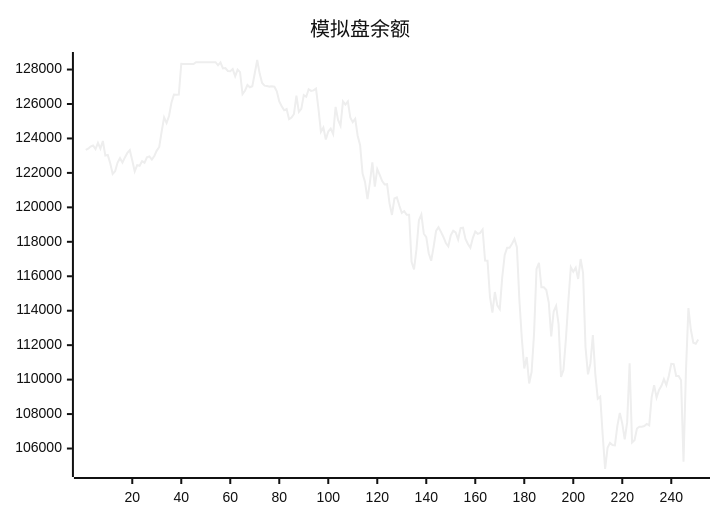
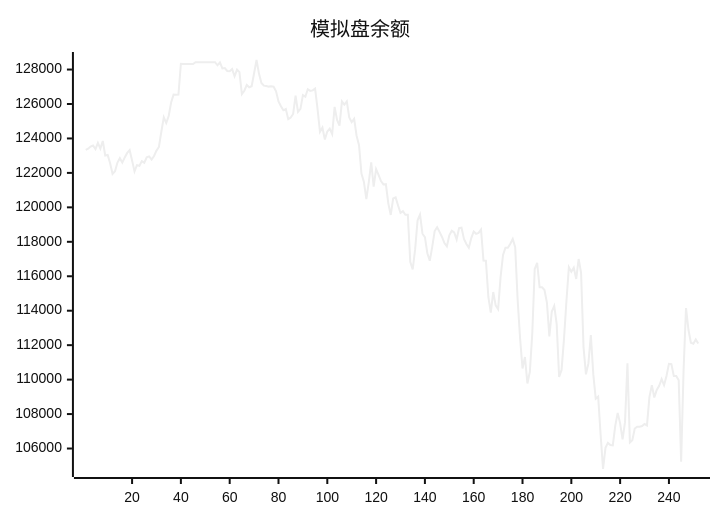
The diagram in README.md (aahl/ai-trading), drawn with Mermaid (neutral theme) before and after one commit. The commit also changed other lines of this file and 1 other file, not shown here.

````diff
--- a/README.md
+++ b/README.md
@@ -5,5 +5,5 @@
 ```mermaid
 xychart
     title "模拟盘余额"
-    line [123338,123402,123530,123592,123378,123745,123413,123853,123009,123040,122557,121938,122095,122599,122856,122597,122898,123160,123319,122719,122087,122454,122416,122685,122592,122907,122961,122776,122981,123295,123507,124403,125224,124894,125303,126088,126544,126534,126549,128335,128318,128318,128318,128318,128318,128424,128424,128424,128424,128424,128424,128424,128424,128424,128247,128412,128062,128087,127917,127901,128026,127611,128000,127850,126572,126770,127100,126971,127029,127783,128554,127765,127224,127064,127044,127009,127025,127004,126738,126152,125871,125635,125707,125117,125217,125420,126480,125545,125715,126511,126424,126856,126764,126788,126890,125710,124381,124632,123936,124402,124574,124256,125833,125070,124739,126154,125966,126145,125213,124943,125143,124157,123604,121959,121476,120476,121470,122610,121201,122221,121889,121522,121332,121344,120232,119559,120513,120577,120108,119680,119777,119572,119568,116839,116392,117573,119250,119585,118469,118277,117338,116897,117706,118628,118849,118579,118280,117926,117735,118373,118639,118544,118136,118798,118819,118162,117874,117649,118215,118601,118463,118517,118713,116911,116899,114798,113887,115084,114313,114091,115934,117221,117658,117658,117883,118164,117693,114632,112403,110644,111313,109777,110444,112673,116419,116772,115355,115355,115198,114476,112510,113954,114276,113223,110151,110561,112361,114562,116522,116265,116500,115845,117000,116199,111887,110306,110942,112588,110318,108891,109011,106814,104811,106038,106327,106201,106180,107315,108068,107463,106528,107530,110941,106346,106482,107161,107268,107270,107302,107426,107340,108985,109681,108962,109404,109645,110030,109680,110214,110918,110897,110215,110212,109962,105235,110525,114151,112895,112137,112083,112329]
+    line [123338,123402,123530,123592,123378,123745,123413,123853,123009,123040,122557,121938,122095,122599,122856,122597,122898,123160,123319,122719,122087,122454,122416,122685,122592,122907,122961,122776,122981,123295,123507,124403,125224,124894,125303,126088,126544,126534,126549,128335,128318,128318,128318,128318,128318,128424,128424,128424,128424,128424,128424,128424,128424,128424,128247,128412,128062,128087,127917,127901,128026,127611,128000,127850,126572,126770,127100,126971,127029,127783,128554,127765,127224,127064,127044,127009,127025,127004,126738,126152,125871,125635,125707,125117,125217,125420,126480,125545,125715,126511,126424,126856,126764,126788,126890,125710,124381,124632,123936,124402,124574,124256,125833,125070,124739,126154,125966,126145,125213,124943,125143,124157,123604,121959,121476,120476,121470,122610,121201,122221,121889,121522,121332,121344,120232,119559,120513,120577,120108,119680,119777,119572,119568,116839,116392,117573,119250,119585,118469,118277,117338,116897,117706,118628,118849,118579,118280,117926,117735,118373,118639,118544,118136,118798,118819,118162,117874,117649,118215,118601,118463,118517,118713,116911,116899,114798,113887,115084,114313,114091,115934,117221,117658,117658,117883,118164,117693,114632,112403,110644,111313,109777,110444,112673,116419,116772,115355,115355,115198,114476,112510,113954,114276,113223,110151,110561,112361,114562,116522,116265,116500,115845,117000,116199,111887,110306,110942,112588,110318,108891,109011,106814,104811,106038,106327,106201,106180,107315,108068,107463,106528,107530,110941,106346,106482,107161,107268,107270,107302,107426,107340,108985,109681,108962,109404,109645,110030,109680,110214,110918,110897,110215,110212,109962,105235,110525,114151,112895,112137,112083,112329,112094]
 ```
````
